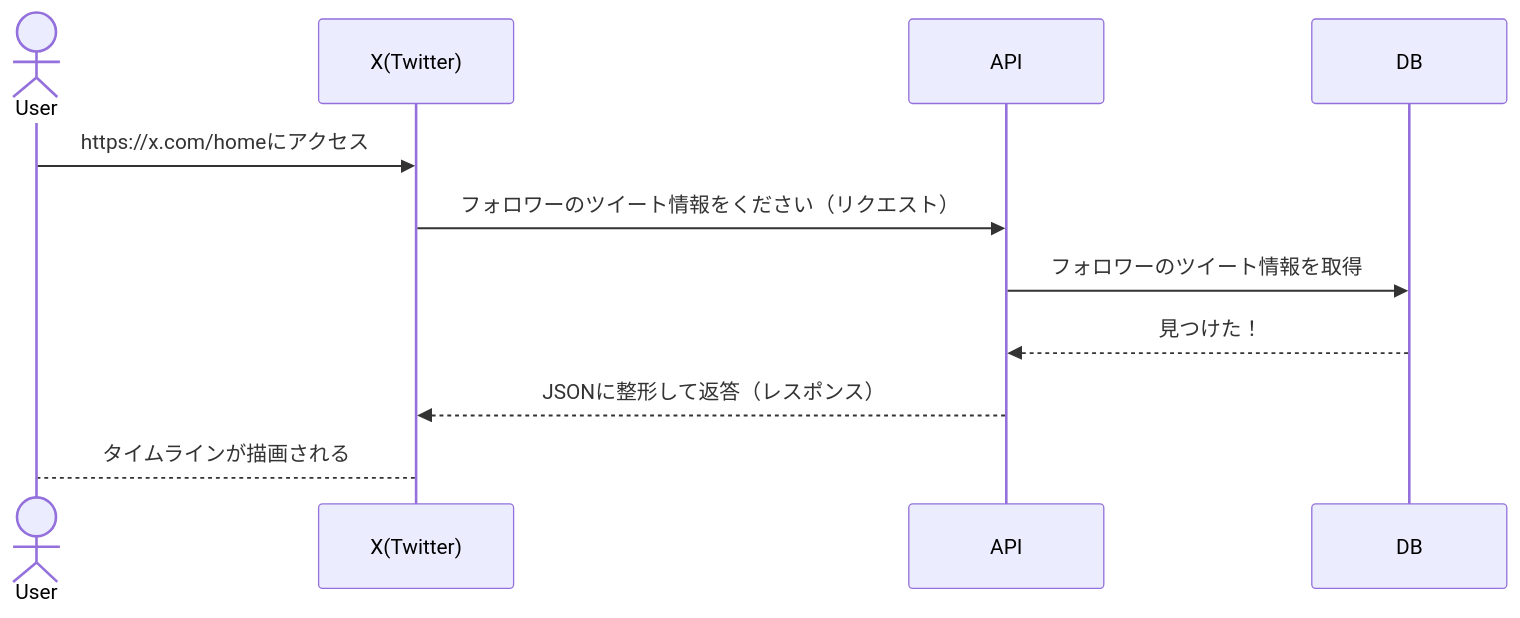
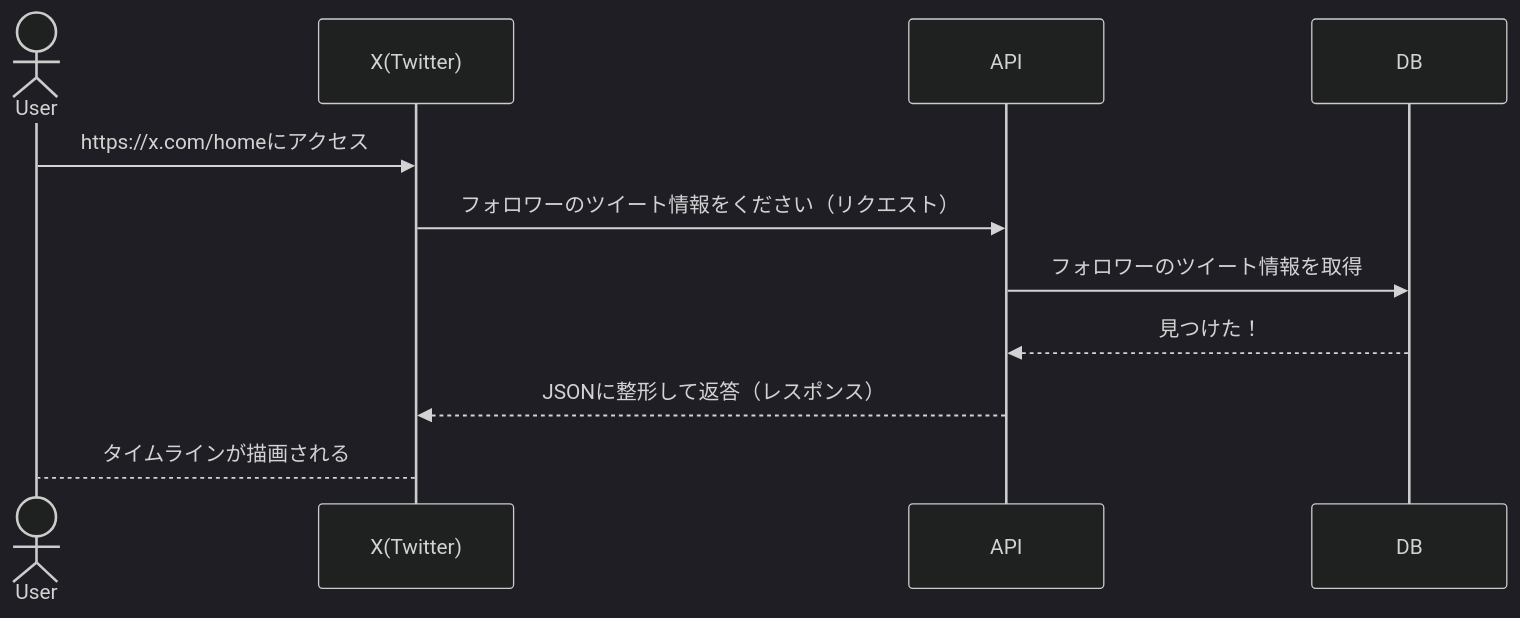
Before and after one commit to 0Cuopen/0cuopen.github.io: the diagram in what_is_api.md, drawn with Mermaid. The commit also changed other lines of this file, not shown here.

Commit message:
add mermaid

````diff
--- a/what_is_api.md
+++ b/what_is_api.md
@@ -85,15 +85,15 @@
 ```mermaid
-%%{init: {'theme': 'default', 'securityLevel': 'loose'}}%%
+%%{init: {'theme': 'dark', 'securityLevel': 'loose'}}%%
 sequenceDiagram
   Actor User
   participant X AS X(Twitter)
   participant API
   participant DB
 
   User ->> X: https://x.com/homeにアクセス
   X ->> API: フォロワーのツイート情報をください（リクエスト）
   API ->> DB: フォロワーのツイート情報を取得
   DB -->> API: 見つけた！
   API -->> X: JSONに整形して返答（レスポンス）
   X --> User: タイムラインが描画される
 ```
````
